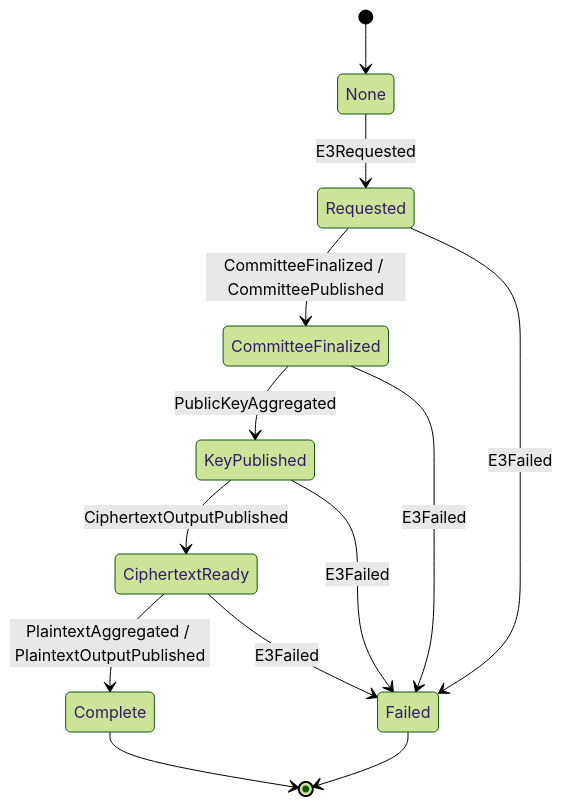
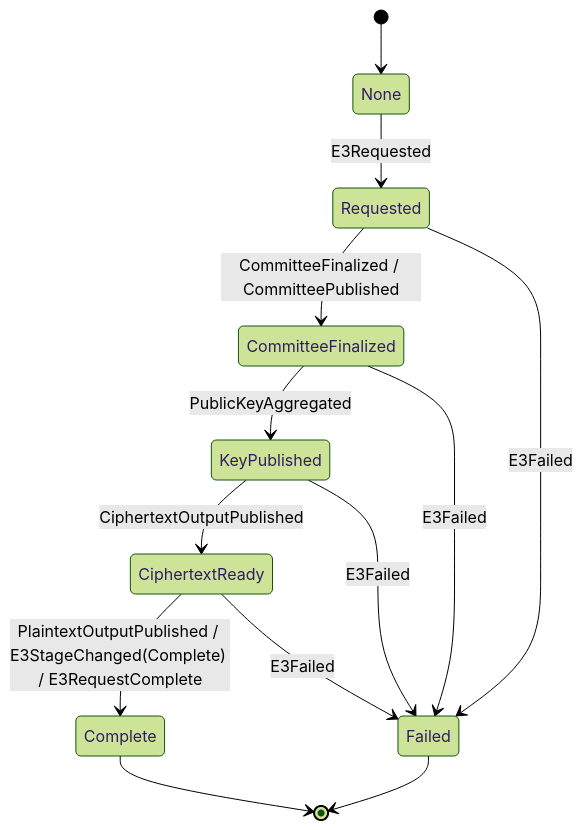
Before and after one commit to gnosisguild/interfold: the seventh of 15 diagrams in agent/CRATES_ARCHITECTURE.md, drawn with Mermaid (forest theme). The commit also changed other lines of this file and 24 other files, not shown here.

````diff
--- a/agent/CRATES_ARCHITECTURE.md
+++ b/agent/CRATES_ARCHITECTURE.md
@@ -473,15 +479,15 @@
 ```mermaid
 stateDiagram-v2
     [*] --> None
     None --> Requested: E3Requested
     Requested --> CommitteeFinalized: CommitteeFinalized / CommitteePublished
     CommitteeFinalized --> KeyPublished: PublicKeyAggregated
     KeyPublished --> CiphertextReady: CiphertextOutputPublished
-    CiphertextReady --> Complete: PlaintextAggregated / PlaintextOutputPublished
+    CiphertextReady --> Complete: PlaintextOutputPublished / E3StageChanged(Complete) / E3RequestComplete
     Requested --> Failed: E3Failed
     CommitteeFinalized --> Failed: E3Failed
     KeyPublished --> Failed: E3Failed
     CiphertextReady --> Failed: E3Failed
     Complete --> [*]
     Failed --> [*]
 ```
````
